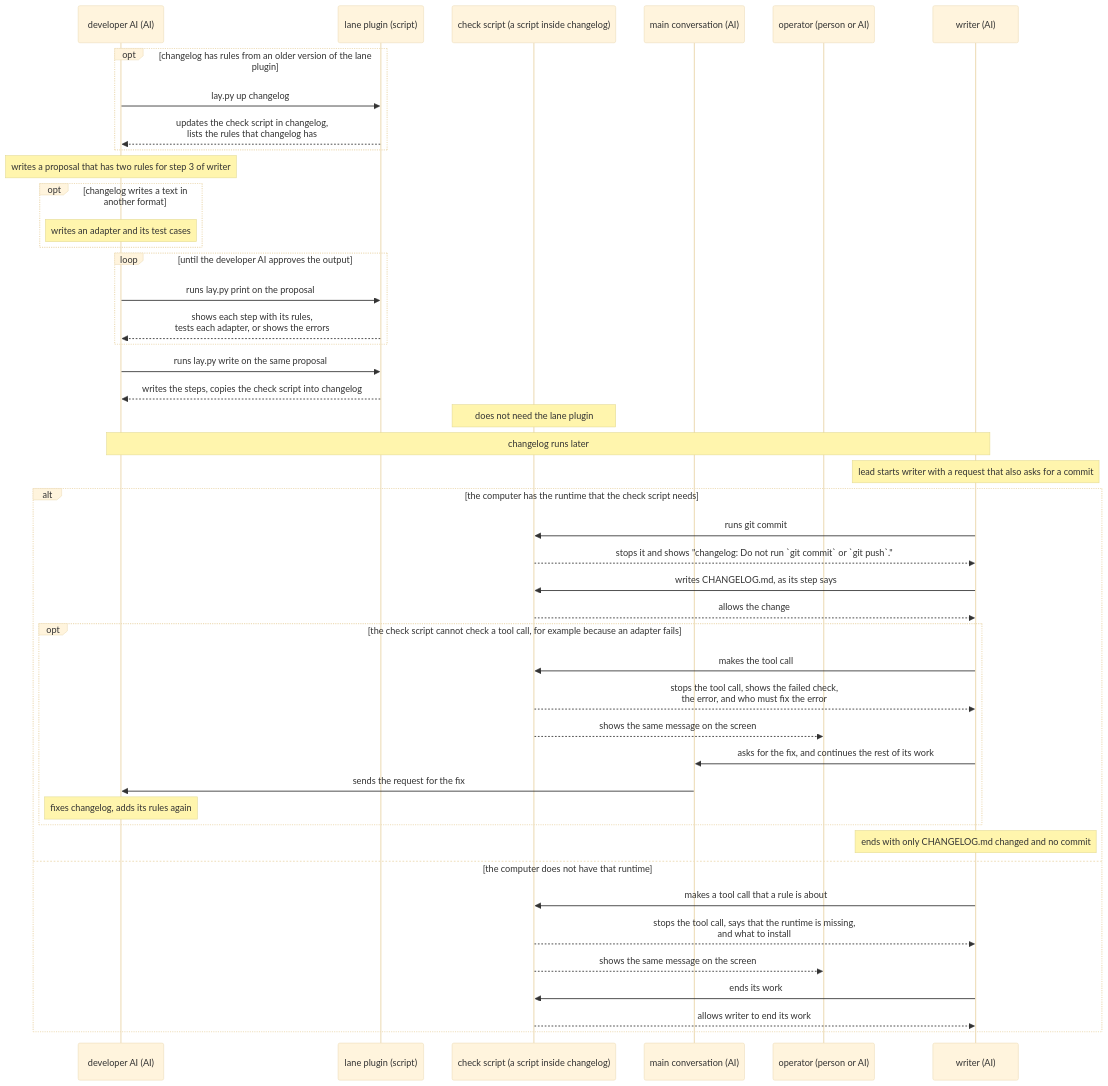
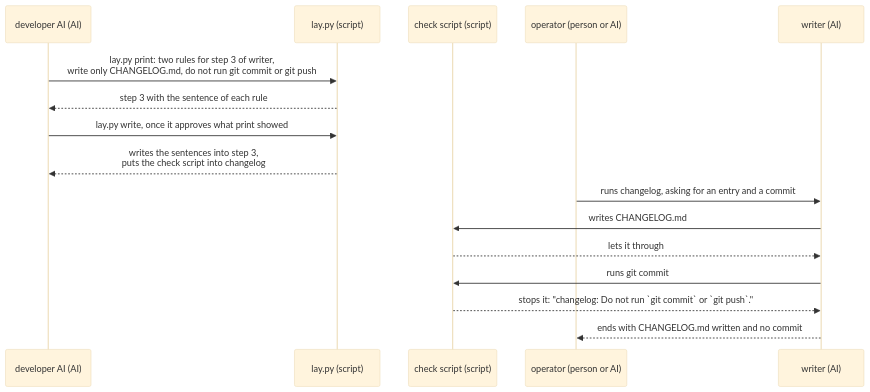
Before and after one commit to lovaizu/ccpm: the first of 2 diagrams in dev/lane/ux.md, drawn with Mermaid (base theme). The commit also changed other lines of this file and 1 other file, not shown here.

First line of the commit message:
lane's UX rewritten from its design tree on the UX template alone

````diff
--- a/dev/lane/ux.md
+++ b/dev/lane/ux.md
@@ -102,47 +42,18 @@
 ```mermaid
 sequenceDiagram
   participant A as developer AI (AI)
-  participant L as lane plugin (script)
-  participant K as check script (a script inside changelog)
-  participant M as main conversation (AI)
+  participant L as lay.py (script)
+  participant K as check script (script)
   participant U as operator (person or AI)
   participant W as writer (AI)
-  opt changelog has rules from an older version of the lane plugin
-    A->>L: lay.py up changelog
-    L-->>A: updates the check script in changelog,<br>lists the rules that changelog has
-  end
-  Note over A: writes a proposal that has two rules for step 3 of writer
-  opt changelog writes a text in another format
-    Note over A: writes an adapter and its test cases
-  end
-  loop until the developer AI approves the output
-    A->>L: runs lay.py print on the proposal
-    L-->>A: shows each step with its rules,<br>tests each adapter, or shows the errors
-  end
-  A->>L: runs lay.py write on the same proposal
-  L-->>A: writes the steps, copies the check script into changelog
-  Note over K: does not need the lane plugin
-  Note over A,W: changelog runs later
-  Note over W: lead starts writer with a request that also asks for a commit
-  alt the computer has the runtime that the check script needs
-    W->>K: runs git commit
-    K-->>W: stops it and shows "changelog: Do not run `git commit` or `git push`."
-    W->>K: writes CHANGELOG.md, as its step says
-    K-->>W: allows the change
-    opt the check script cannot check a tool call, for example because an adapter fails
-      W->>K: makes the tool call
-      K-->>W: stops the tool call, shows the failed check,<br>the error, and who must fix the error
-      K-->>U: shows the same message on the screen
-      W->>M: asks for the fix, and continues the rest of its work
-      M->>A: sends the request for the fix
-      Note over A: fixes changelog, adds its rules again
-    end
-    Note over W: ends with only CHANGELOG.md changed and no commit
-  else the computer does not have that runtime
-    W->>K: makes a tool call that a rule is about
-    K-->>W: stops the tool call, says that the runtime is missing,<br>and what to install
-    K-->>U: shows the same message on the screen
-    W->>K: ends its work
-    K-->>W: allows writer to end its work
-  end
+  A->>L: lay.py print: two rules for step 3 of writer,<br>write only CHANGELOG.md, do not run git commit or git push
+  L-->>A: step 3 with the sentence of each rule
+  A->>L: lay.py write, once it approves what print showed
+  L-->>A: writes the sentences into step 3,<br>puts the check script into changelog
+  U->>W: runs changelog, asking for an entry and a commit
+  W->>K: writes CHANGELOG.md
+  K-->>W: lets it through
+  W->>K: runs git commit
+  K-->>W: stops it: "changelog: Do not run `git commit` or `git push`."
+  W-->>U: ends with CHANGELOG.md written and no commit
 ```
````
